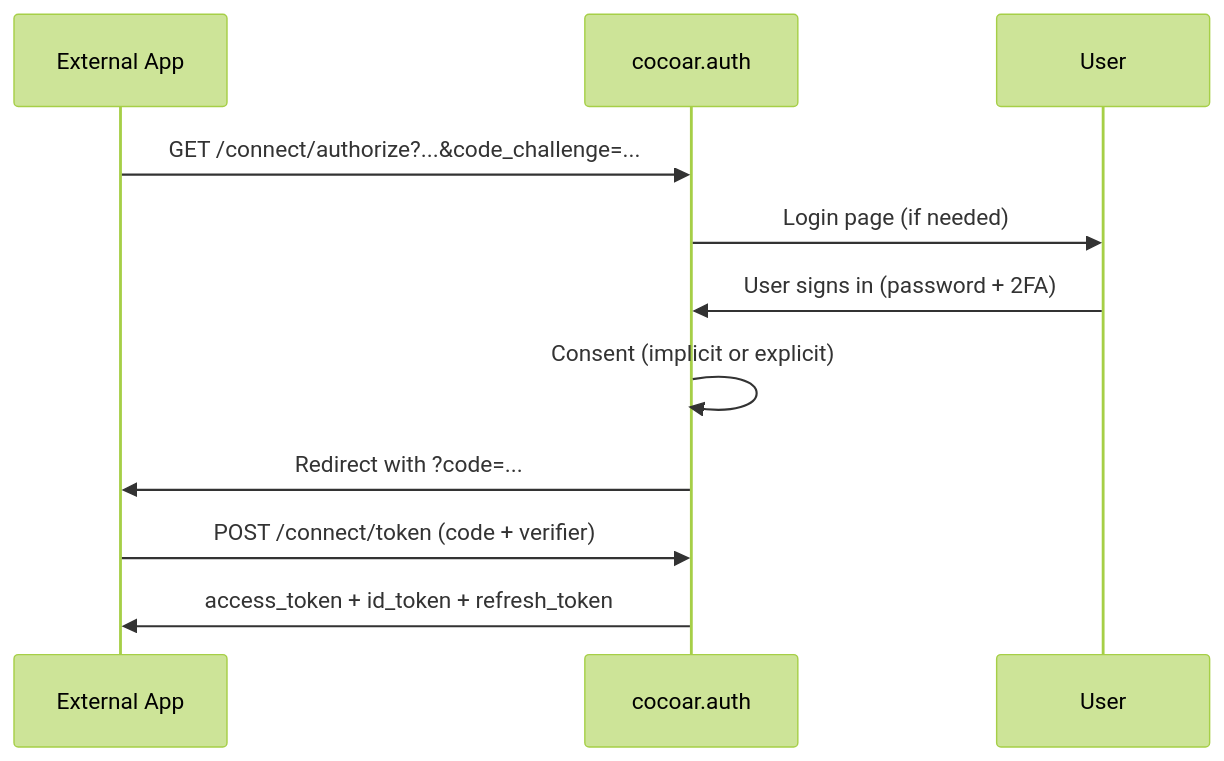
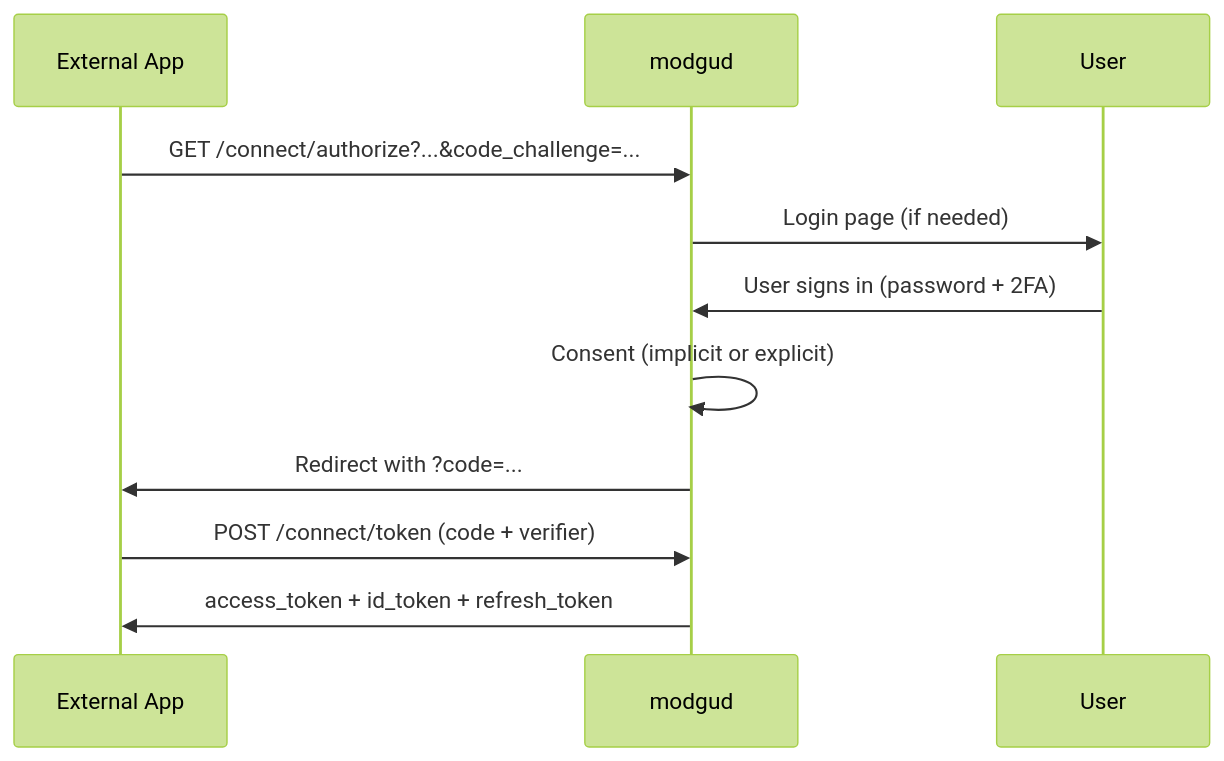
Before and after one commit to cocoar-dev/modgud: the diagram in website/concepts/authentication.md, drawn with Mermaid (forest theme). The commit also changed other lines of this file and 1170 other files, not shown here.

First line of the commit message:
chore: rename Cocoar.Auth -> Modgud across the entire codebase

````diff
--- a/website/concepts/authentication.md
+++ b/website/concepts/authentication.md
@@ -69,13 +69,13 @@
 ```mermaid
 sequenceDiagram
     participant App as External App
-    participant Auth as cocoar.auth
+    participant Auth as modgud
     participant User
     App->>Auth: GET /connect/authorize?...&code_challenge=...
     Auth->>User: Login page (if needed)
     User->>Auth: User signs in (password + 2FA)
     Auth->>Auth: Consent (implicit or explicit)
     Auth->>App: Redirect with ?code=...
     App->>Auth: POST /connect/token (code + verifier)
     Auth->>App: access_token + id_token + refresh_token
 ```
````
